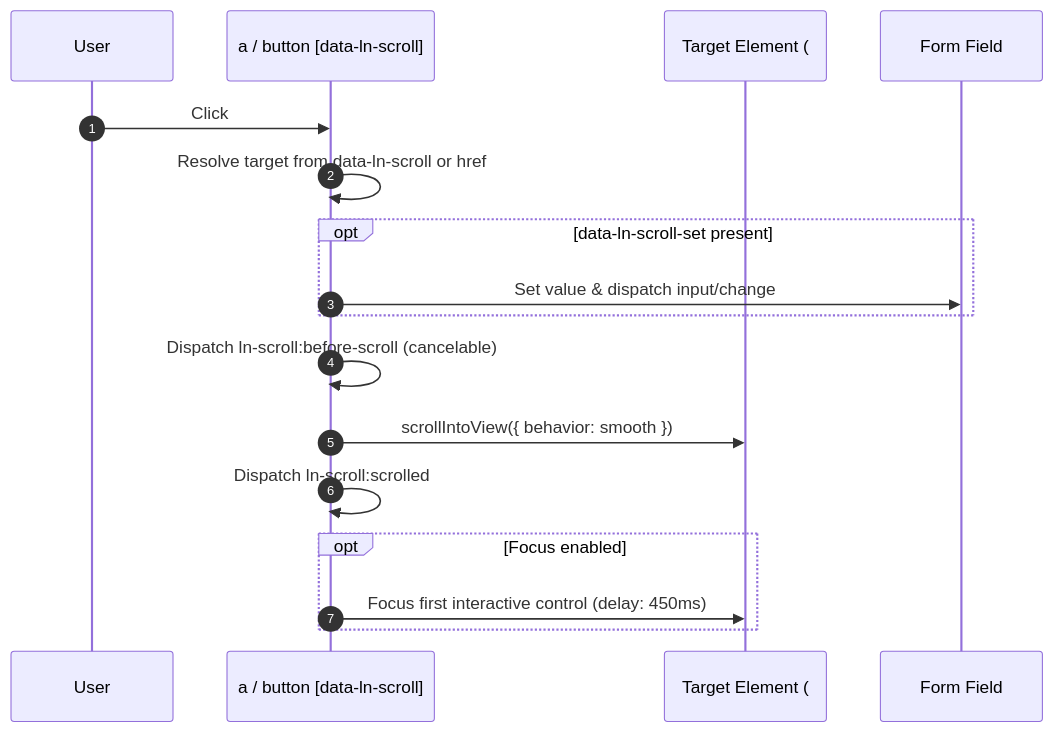
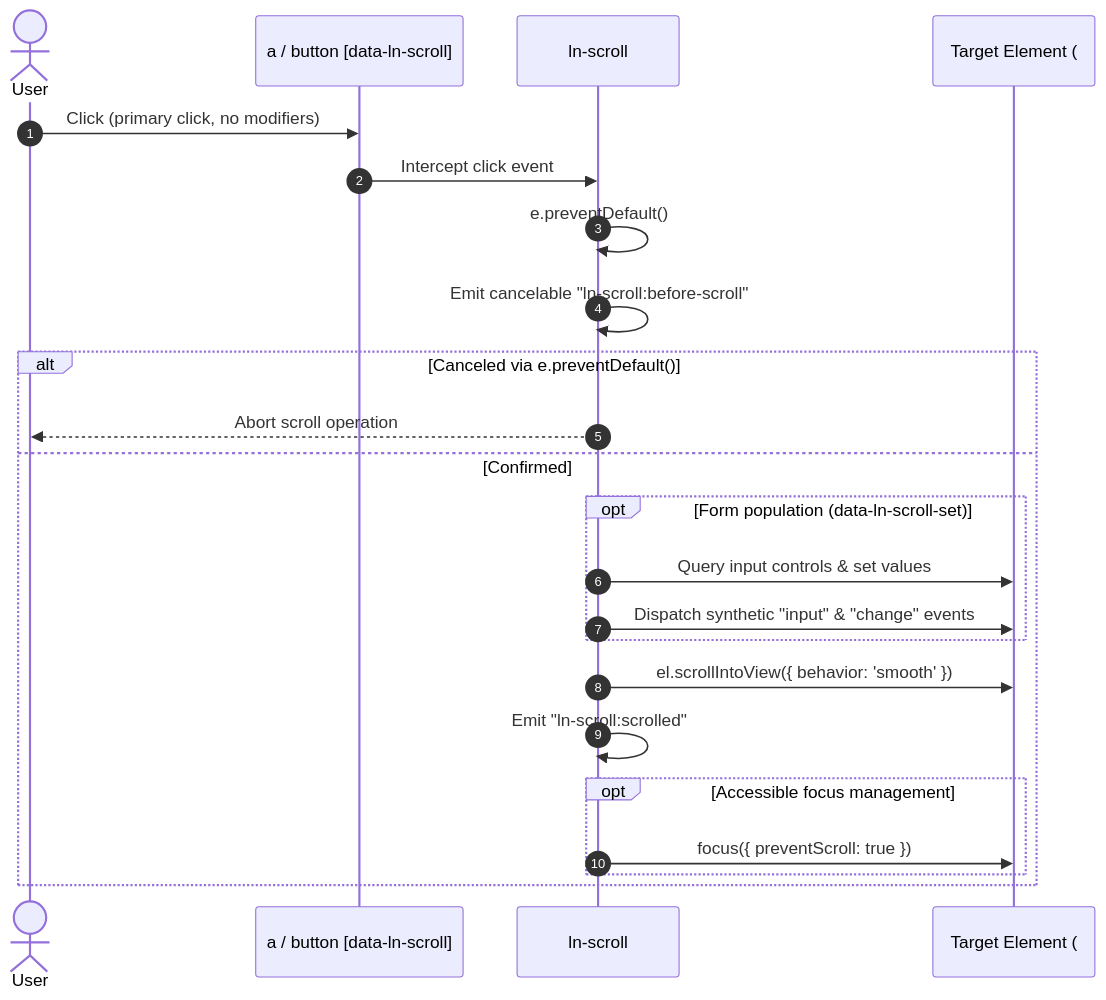
The diagram in docs-mcp/components/ln-scroll.md (livenetworks/ln-ashlar), drawn with Mermaid before and after one commit. The commit also changed other lines of this file and 5 other files, not shown here.

````diff
--- a/docs-mcp/components/ln-scroll.md
+++ b/docs-mcp/components/ln-scroll.md
@@ -107,20 +107,26 @@
 ```mermaid
 sequenceDiagram
     autonumber
-    participant User as User
+    actor User as User
     participant Trigger as a / button [data-ln-scroll]
-    participant Target as Target Element (#apply)
-    participant Field as Form Field
+    participant Scroll as ln-scroll
+    participant Target as Target Element (#id)
 
-    User->>Trigger: Click
-    Trigger->>Trigger: Resolve target from data-ln-scroll or href
-    opt data-ln-scroll-set present
-        Trigger->>Field: Set value & dispatch input/change
-    end
-    Trigger->>Trigger: Dispatch ln-scroll:before-scroll (cancelable)
-    Trigger->>Target: scrollIntoView({ behavior: smooth })
-    Trigger->>Trigger: Dispatch ln-scroll:scrolled
-    opt Focus enabled
-        Trigger->>Target: Focus first interactive control (delay: 450ms)
+    User->>Trigger: Click (primary click, no modifiers)
+    Trigger->>Scroll: Intercept click event
+    Scroll->>Scroll: e.preventDefault()
+    Scroll->>Scroll: Emit cancelable "ln-scroll:before-scroll"
+    alt Canceled via e.preventDefault()
+        Scroll-->>User: Abort scroll operation
+    else Confirmed
+        opt Form population (data-ln-scroll-set)
+            Scroll->>Target: Query input controls & set values
+            Scroll->>Target: Dispatch synthetic "input" & "change" events
+        end
+        Scroll->>Target: el.scrollIntoView({ behavior: 'smooth' })
+        Scroll->>Scroll: Emit "ln-scroll:scrolled"
+        opt Accessible focus management
+            Scroll->>Target: focus({ preventScroll: true })
+        end
     end
 ```
````
